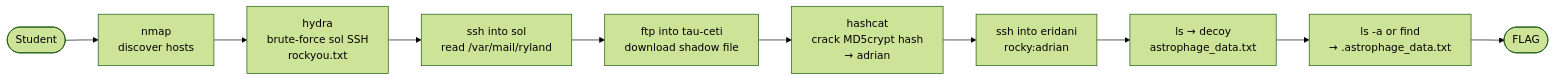
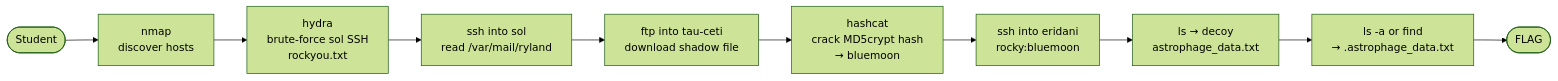
The second of 2 diagrams in docker_architecture.md (redbeardmeric/CyberStorm-Project), drawn with Mermaid (forest theme) before and after one commit. The commit also changed other lines of this file and 14 other files, not shown here.

First line of the commit message:
Update SSH credentials and related documentation for sol and eridani services

````diff
--- a/docker_architecture.md
+++ b/docker_architecture.md
@@ -36,12 +36,12 @@
 ```mermaid
 flowchart LR
     A([Student]) --> B[nmap\ndiscover hosts]
     B --> C[hydra\nbrute-force sol SSH\nrockyou.txt]
     C --> D[ssh into sol\nread /var/mail/ryland]
     D --> E[ftp into tau-ceti\ndownload shadow file]
-    E --> F[hashcat\ncrack MD5crypt hash\n→ adrian]
-    F --> G[ssh into eridani\nrocky:adrian]
+    E --> F[hashcat\ncrack MD5crypt hash\n→ bluemoon]
+    F --> G[ssh into eridani\nrocky:bluemoon]
     G --> H[ls → decoy\nastrophage_data.txt]
     H --> I[ls -a or find\n→ .astrophage_data.txt]
     I --> J([FLAG])
 ```
````
